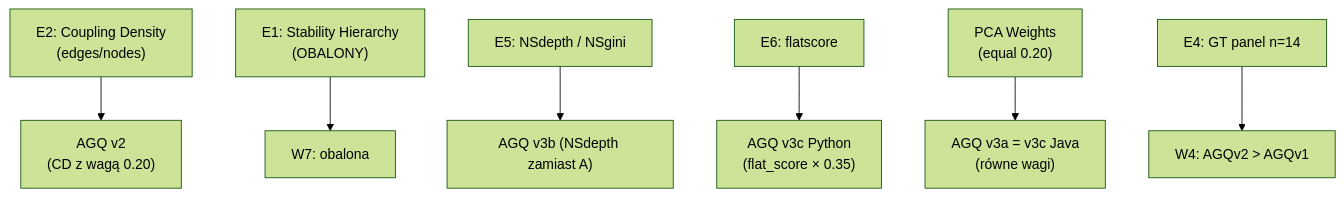
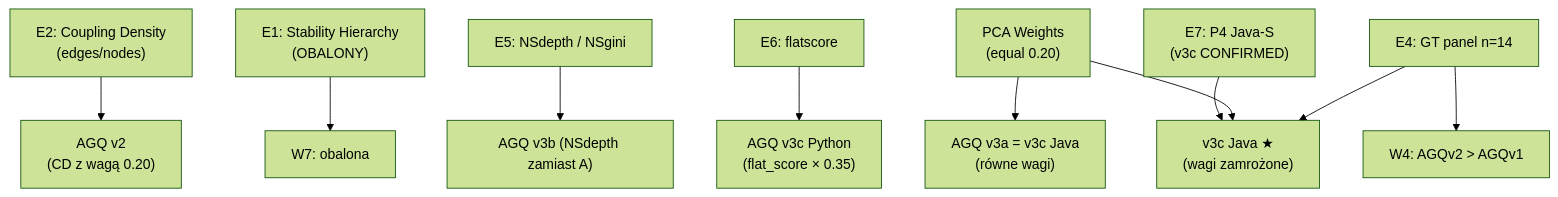
One commit to PiotrGry/qse-pkg changed the second of 2 diagrams in docs/qse-wiki/05 Experiments/Experiments Index.md. Above: the diagram before and after it, drawn with Mermaid (forest theme). The commit also changed other lines of this file and 9 other files, not shown here.

````diff
--- a/docs/qse-wiki/05 Experiments/Experiments Index.md
+++ b/docs/qse-wiki/05 Experiments/Experiments Index.md
@@ -45,9 +49,12 @@
 ```mermaid
 graph TD
     E2["E2: Coupling Density\n(edges/nodes)"] --> AGQv2["AGQ v2\n(CD z wagą 0.20)"]
     E1["E1: Stability Hierarchy\n(OBALONY)"] --> W7["W7: obalona"]
     E5["E5: NSdepth / NSgini"] --> AGQv3b["AGQ v3b (NSdepth zamiast A)"]
     E6["E6: flatscore"] --> AGQv3c["AGQ v3c Python\n(flat_score × 0.35)"]
     PCA["PCA Weights\n(equal 0.20)"] --> AGQv3a["AGQ v3a = v3c Java\n(równe wagi)"]
     E4["E4: GT panel n=14"] --> W4["W4: AGQv2 > AGQv1"]
+    E7["E7: P4 Java-S\n(v3c CONFIRMED)"] --> v3cFinal["v3c Java ★\n(wagi zamrożone)"]
+    PCA --> v3cFinal
+    E4 --> v3cFinal
 ```
````
